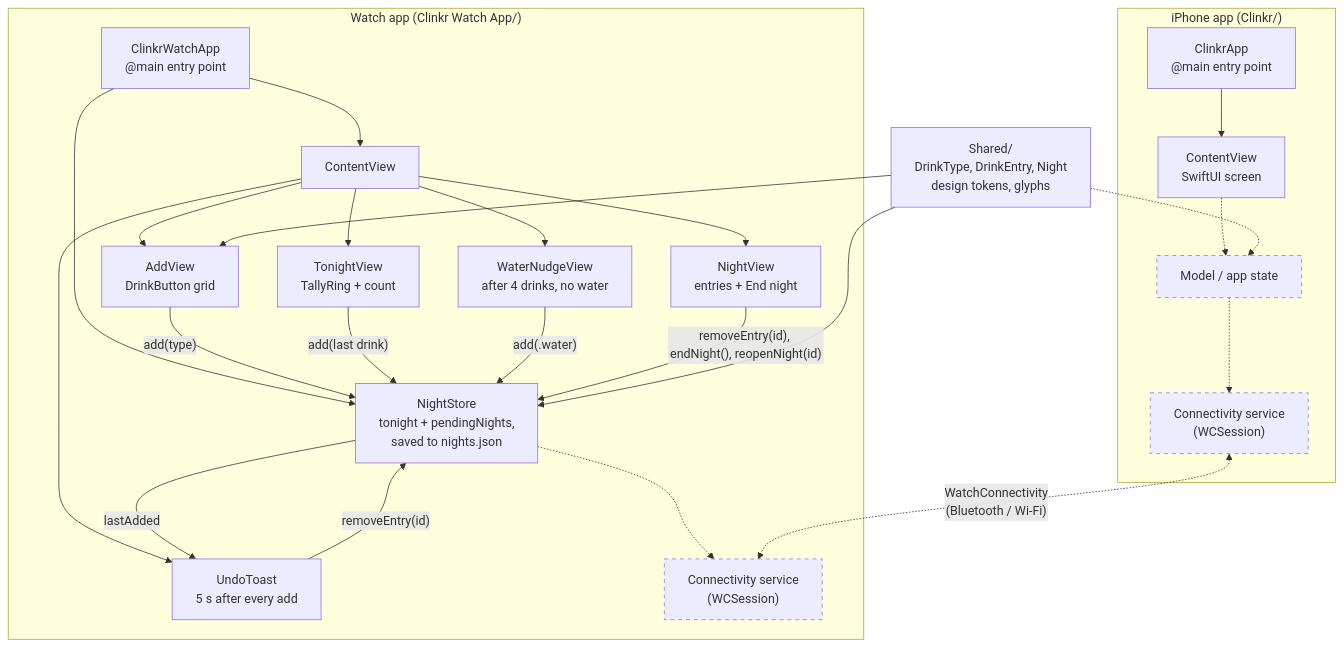
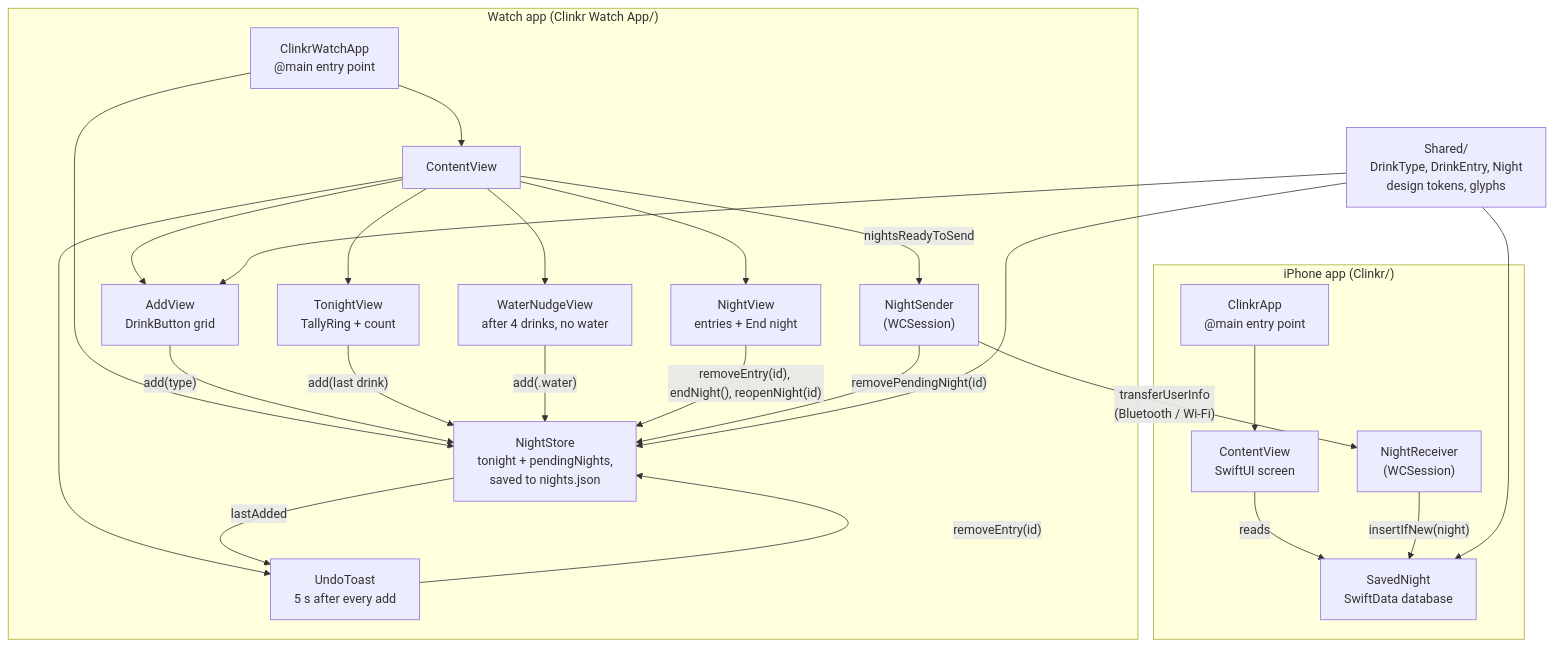
The second of 3 diagrams in docs/ARCHITECTURE.md (pablocolaiacovo/clinkr), drawn with Mermaid before and after one commit. The commit also changed other lines of this file and 16 other files, not shown here.

First line of the commit message:
Send finished nights from the Watch to the iPhone

````diff
--- a/docs/ARCHITECTURE.md
+++ b/docs/ARCHITECTURE.md
@@ -34,38 +34,37 @@
 ```mermaid
 flowchart TB
     subgraph phone["iPhone app (Clinkr/)"]
         pApp["ClinkrApp<br/>@main entry point"] --> pView["ContentView<br/>SwiftUI screen"]
-        pModel["Model / app state"]:::planned
-        pSync["Connectivity service<br/>(WCSession)"]:::planned
-        pView -.-> pModel
-        pModel -.-> pSync
+        pModel["SavedNight<br/>SwiftData database"]
+        pSync["NightReceiver<br/>(WCSession)"]
+        pView -- "reads" --> pModel
+        pSync -- "insertIfNew(night)" --> pModel
     end
 
     subgraph watch["Watch app (Clinkr Watch App/)"]
         wApp["ClinkrWatchApp<br/>@main entry point"] --> wView["ContentView"]
         wView --> wTonight["TonightView<br/>TallyRing + count"]
         wView --> wAdd["AddView<br/>DrinkButton grid"]
         wView --> wToast["UndoToast<br/>5 s after every add"]
         wView --> wNudge["WaterNudgeView<br/>after 4 drinks, no water"]
         wView --> wNight["NightView<br/>entries + End night"]
         wModel["NightStore<br/>tonight + pendingNights,<br/>saved to nights.json"]
-        wSync["Connectivity service<br/>(WCSession)"]:::planned
+        wSync["NightSender<br/>(WCSession)"]
         wApp --> wModel
         wAdd -- "add(type)" --> wModel
         wTonight -- "add(last drink)" --> wModel
         wModel -- "lastAdded" --> wToast
         wToast -- "removeEntry(id)" --> wModel
         wNudge -- "add(.water)" --> wModel
         wNight -- "removeEntry(id), endNight(), reopenNight(id)" --> wModel
-        wModel -.-> wSync
+        wView -- "nightsReadyToSend" --> wSync
+        wSync -- "removePendingNight(id)" --> wModel
     end
 
     shared["Shared/<br/>DrinkType, DrinkEntry, Night<br/>design tokens, glyphs"]
-    shared -.-> pModel
+    shared --> pModel
     shared --> wModel
     shared --> wAdd
 
-    pSync <-. "WatchConnectivity<br/>(Bluetooth / Wi-Fi)" .-> wSync
-
-    classDef planned stroke-dasharray: 5 5
+    wSync -- "transferUserInfo<br/>(Bluetooth / Wi-Fi)" --> pSync
 ```
````
